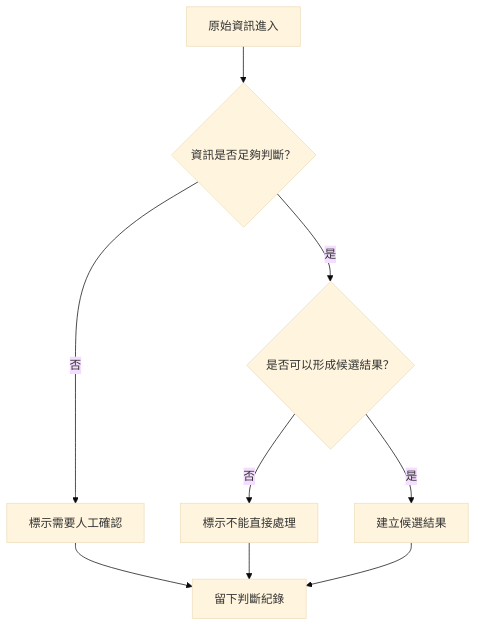
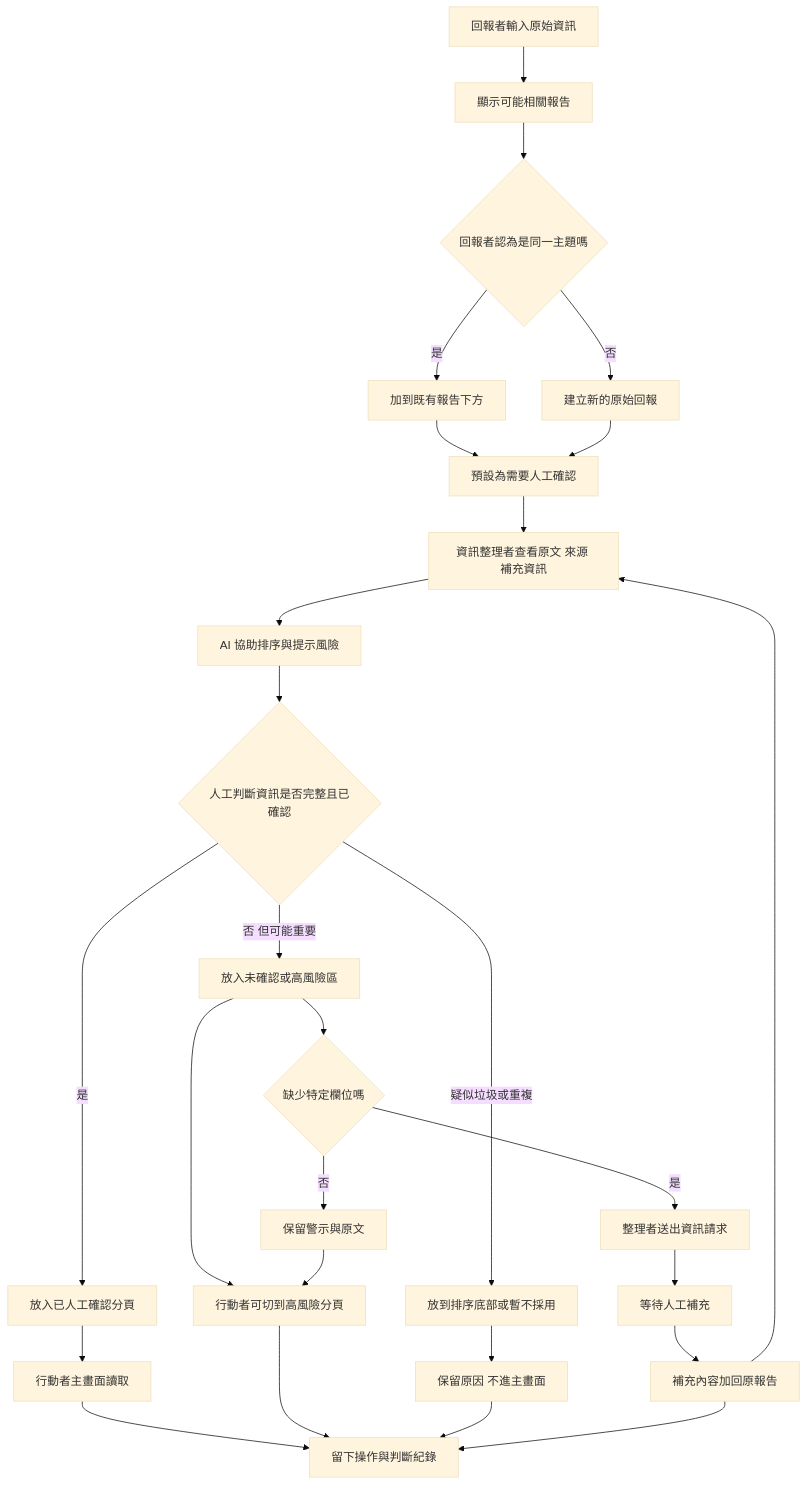
Before and after one commit to SITCON-Camp-2026/t2-m4-se-disaster: the diagram in release-packs/02-flow-design-kit/docs/flow.md, drawn with Mermaid (base theme). The commit also changed other lines of this file and 4 other files, not shown here.

````diff
--- a/release-packs/02-flow-design-kit/docs/flow.md
+++ b/release-packs/02-flow-design-kit/docs/flow.md
@@ -39,11 +37,34 @@
 ```mermaid
 flowchart TD
-  A[原始資訊進入] --> B{資訊是否足夠判斷？}
-  B -->|否| C[標示需要人工確認]
-  B -->|是| D{是否可以形成候選結果？}
-  D -->|否| E[標示不能直接處理]
-  D -->|是| F[建立候選結果]
-  C --> G[留下判斷紀錄]
-  E --> G
-  F --> G
+  A[回報者輸入原始資訊] --> B[顯示可能相關報告]
+  B --> C{回報者認為是同一主題嗎}
+  C -->|是| D[加到既有報告下方]
+  C -->|否| E[建立新的原始回報]
+  D --> F[預設為需要人工確認]
+  E --> F
+
+  F --> G[資訊整理者查看原文 來源 補充資訊]
+  G --> H[AI 協助排序與提示風險]
+  H --> I{人工判斷資訊是否完整且已確認}
+
+  I -->|是| J[放入已人工確認分頁]
+  I -->|否 但可能重要| K[放入未確認或高風險區]
+  I -->|疑似垃圾或重複| L[放到排序底部或暫不採用]
+
+  K --> M{缺少特定欄位嗎}
+  M -->|是| N[整理者送出資訊請求]
+  M -->|否| O[保留警示與原文]
+
+  J --> P[行動者主畫面讀取]
+  K --> Q[行動者可切到高風險分頁]
+  L --> R[保留原因 不進主畫面]
+  N --> S[等待人工補充]
+  S --> U[補充內容加回原報告]
+  U --> G
+  O --> Q
+
+  P --> T[留下操作與判斷紀錄]
+  Q --> T
+  R --> T
+  U --> T
 ```
````
